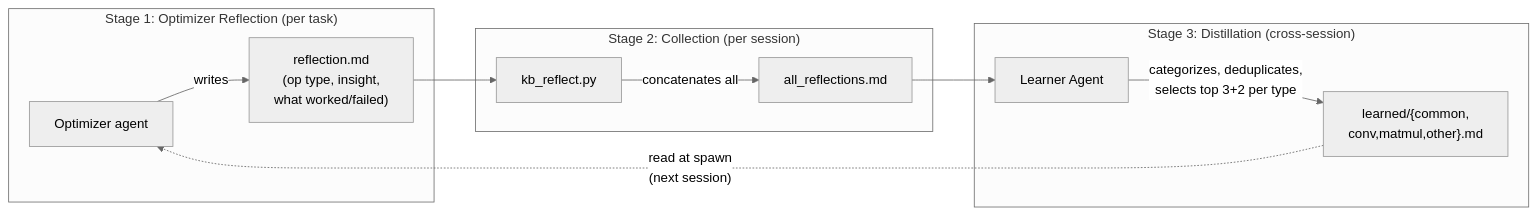
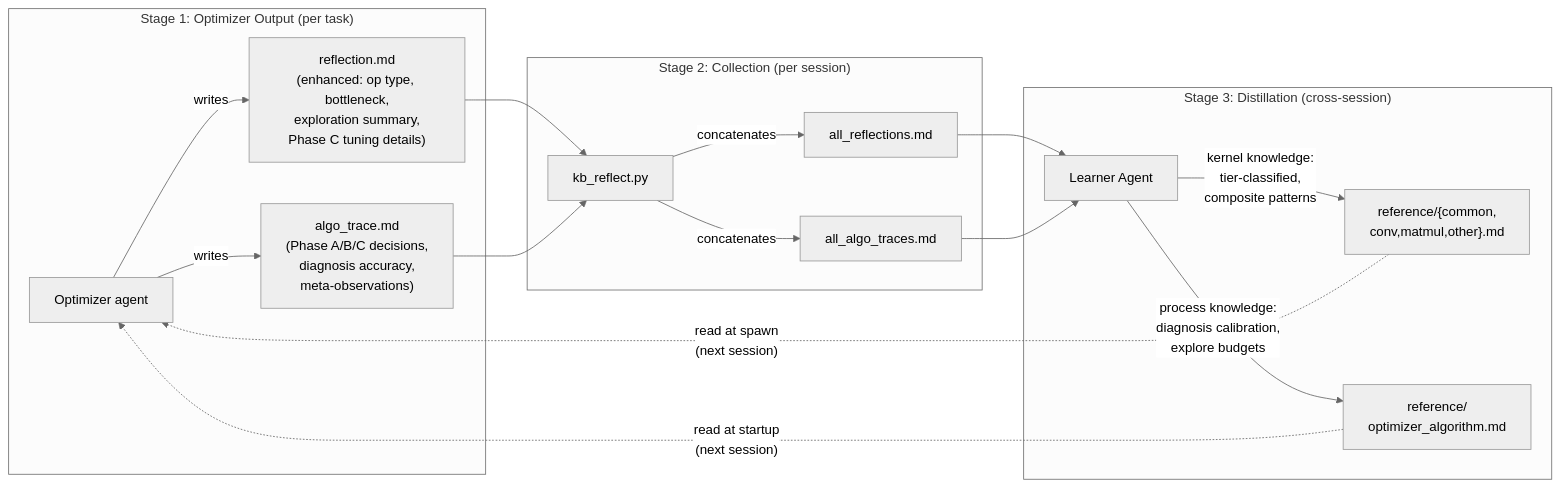
One commit to dtadpole/triton-ag changed the fifth of 7 diagrams in Claude/Architecture.md. Above: the diagram before and after it, drawn with Mermaid (neutral theme). The commit also changed other lines of this file and 25 other files, not shown here.

First line of the commit message:
Phase 7+8: Flat spawning architecture, optimizer core redesign, verification tooling

````diff
--- a/Claude/Architecture.md
+++ b/Claude/Architecture.md
@@ -459,18 +511,24 @@
 ```mermaid
 flowchart LR
-    subgraph stage1["Stage 1: Optimizer Reflection (per task)"]
-        sa["Optimizer agent"] -->|writes| ref["reflection.md<br/>(op type, insight,<br/>what worked/failed)"]
+    subgraph stage1["Stage 1: Optimizer Output (per task)"]
+        sa["Optimizer agent"] -->|writes| ref["reflection.md<br/>(enhanced: op type, bottleneck,<br/>exploration summary,<br/>Phase C tuning details)"]
+        sa -->|writes| trace["algo_trace.md<br/>(Phase A/B/C decisions,<br/>diagnosis accuracy,<br/>meta-observations)"]
     end
 
     subgraph stage2["Stage 2: Collection (per session)"]
-        script["kb_reflect.py"] -->|concatenates all| allref["all_reflections.md"]
+        script["kb_reflect.py"] -->|concatenates| allref["all_reflections.md"]
+        script -->|concatenates| alltrace["all_algo_traces.md"]
     end
 
     subgraph stage3["Stage 3: Distillation (cross-session)"]
-        learner["Learner Agent"] -->|categorizes, deduplicates,<br/>selects top 3+2 per type| learned["learned/{common,<br/>conv,matmul,other}.md"]
+        learner["Learner Agent"] -->|kernel knowledge:<br/>tier-classified,<br/>composite patterns| learned["reference/{common,<br/>conv,matmul,other}.md"]
+        learner -->|process knowledge:<br/>diagnosis calibration,<br/>explore budgets| algo["reference/<br/>optimizer_algorithm.md"]
     end
 
     ref --> script
+    trace --> script
     allref --> learner
+    alltrace --> learner
     learned -.->|"read at spawn<br/>(next session)"| sa
+    algo -.->|"read at startup<br/>(next session)"| sa
 ```
````
